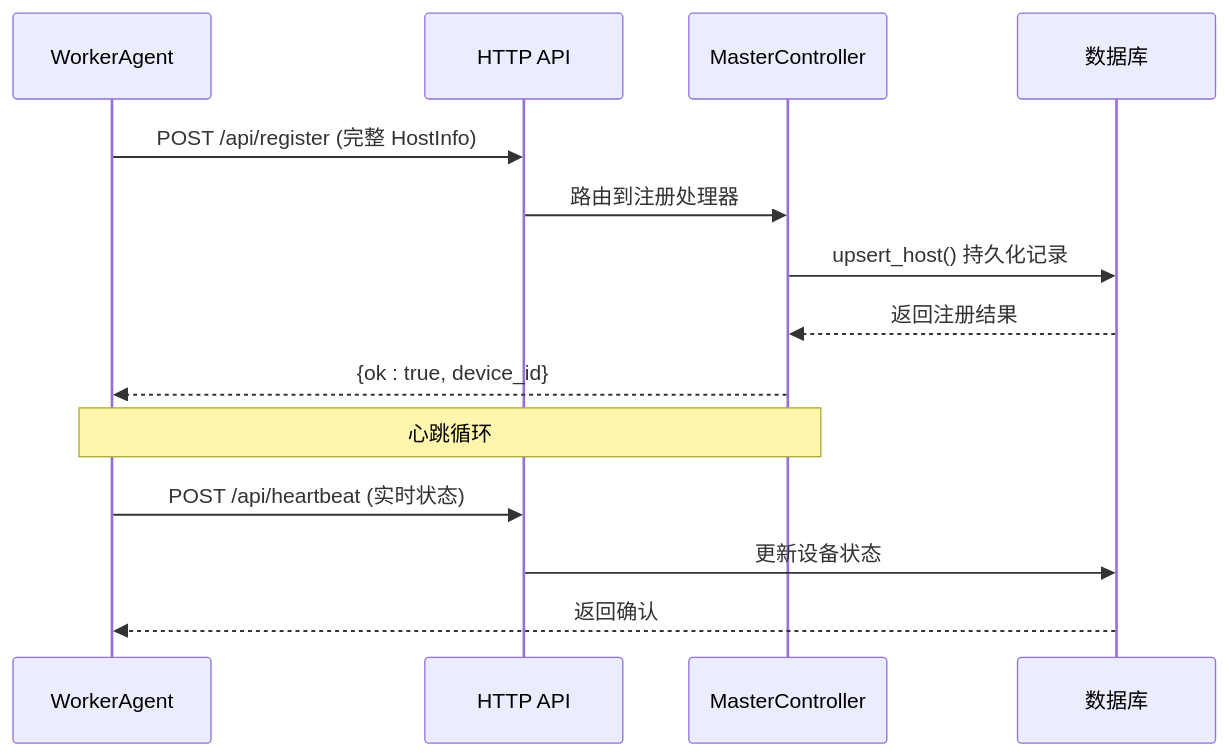
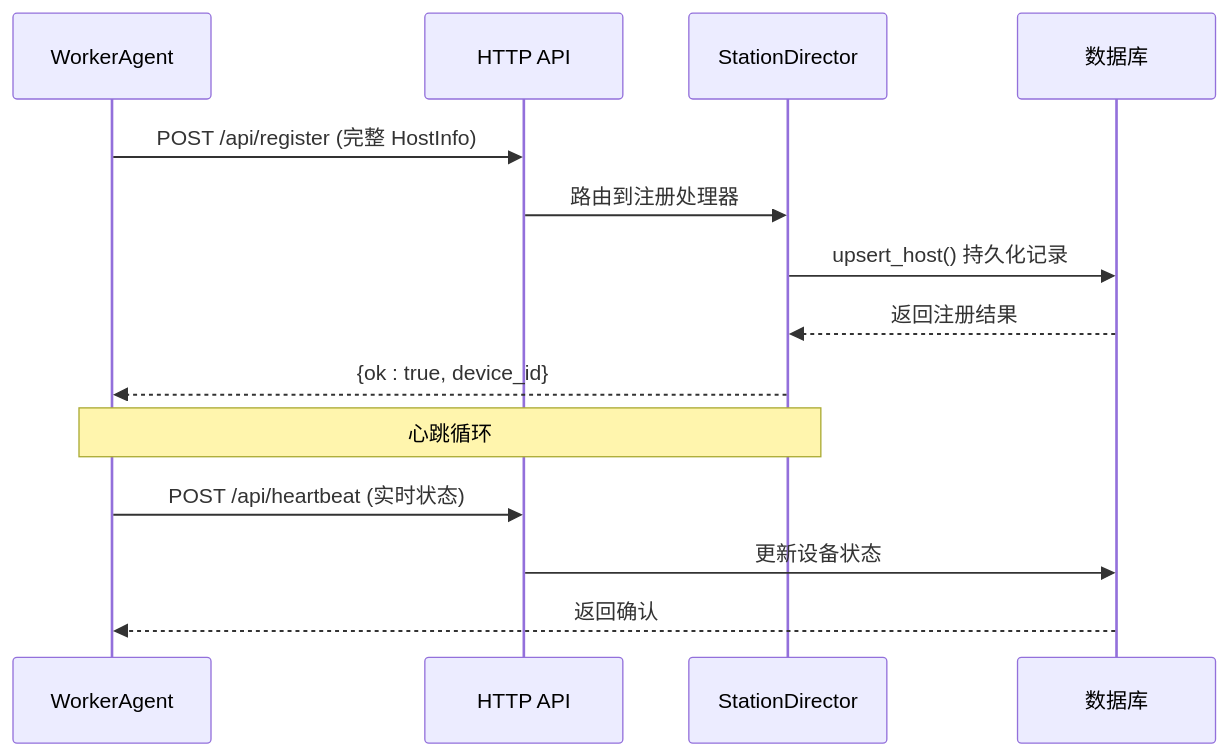
Before and after one commit to targalian/Personal-distributed-workstation: the seventh of 8 diagrams in .qoder/repowiki/zh/content/架构设计/Worker 代理/通信协议与消息格式/UDP 广播发现协议.md, drawn with Mermaid. The commit also changed other lines of this file and 69 other files, not shown here.

````diff
--- a/.qoder/repowiki/zh/content/架构设计/Worker 代理/通信协议与消息格式/UDP 广播发现协议.md
+++ b/.qoder/repowiki/zh/content/架构设计/Worker 代理/通信协议与消息格式/UDP 广播发现协议.md
@@ -247,16 +318,16 @@
 ```mermaid
 sequenceDiagram
 participant Worker as WorkerAgent
 participant HTTP as HTTP API
-participant Master as MasterController
+participant StationDir as StationDirector
 participant DB as 数据库
 Worker->>HTTP : POST /api/register (完整 HostInfo)
-HTTP->>Master : 路由到注册处理器
-Master->>DB : upsert_host() 持久化记录
-DB-->>Master : 返回注册结果
-Master-->>Worker : {ok : true, device_id}
-Note over Worker,Master : 心跳循环
+HTTP->>StationDir : 路由到注册处理器
+StationDir->>DB : upsert_host() 持久化记录
+DB-->>StationDir : 返回注册结果
+StationDir-->>Worker : {ok : true, device_id}
+Note over Worker,StationDir : 心跳循环
 Worker->>HTTP : POST /api/heartbeat (实时状态)
 HTTP->>DB : 更新设备状态
 DB-->>Worker : 返回确认
 ```
````
